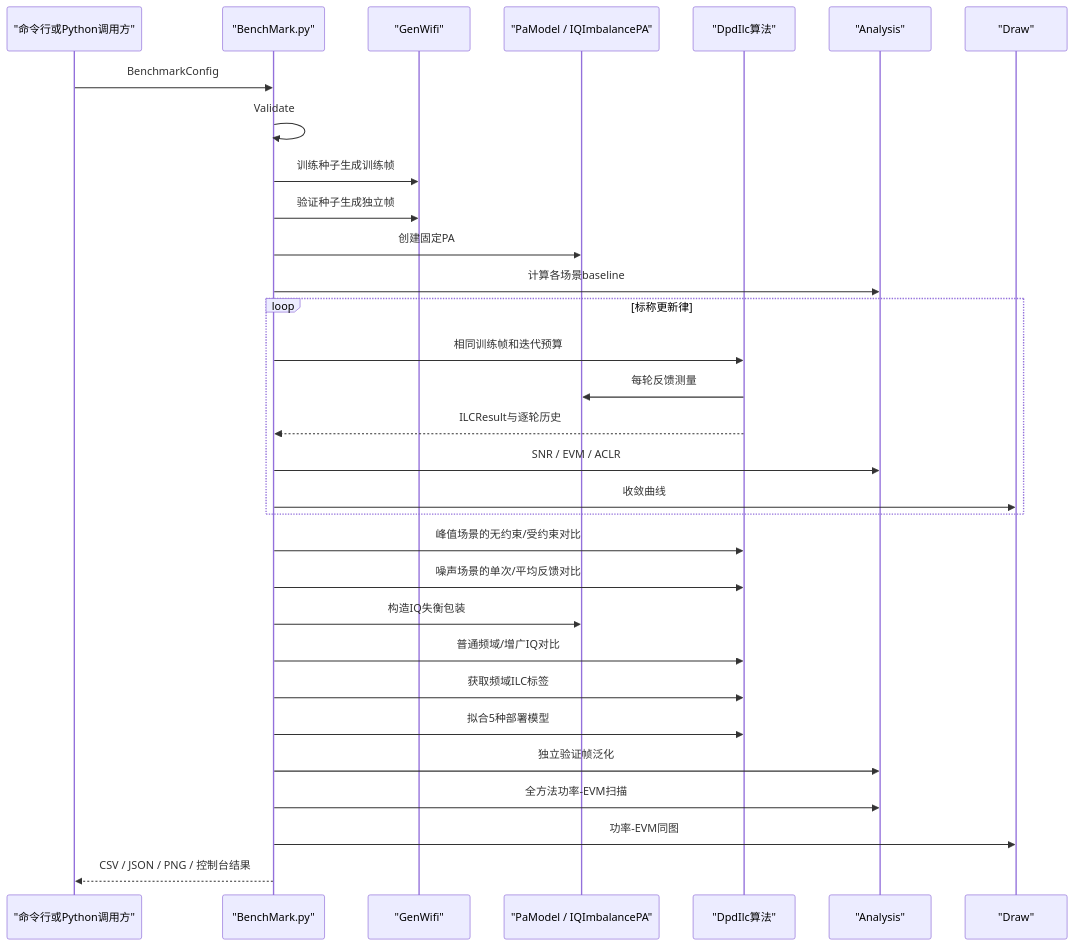
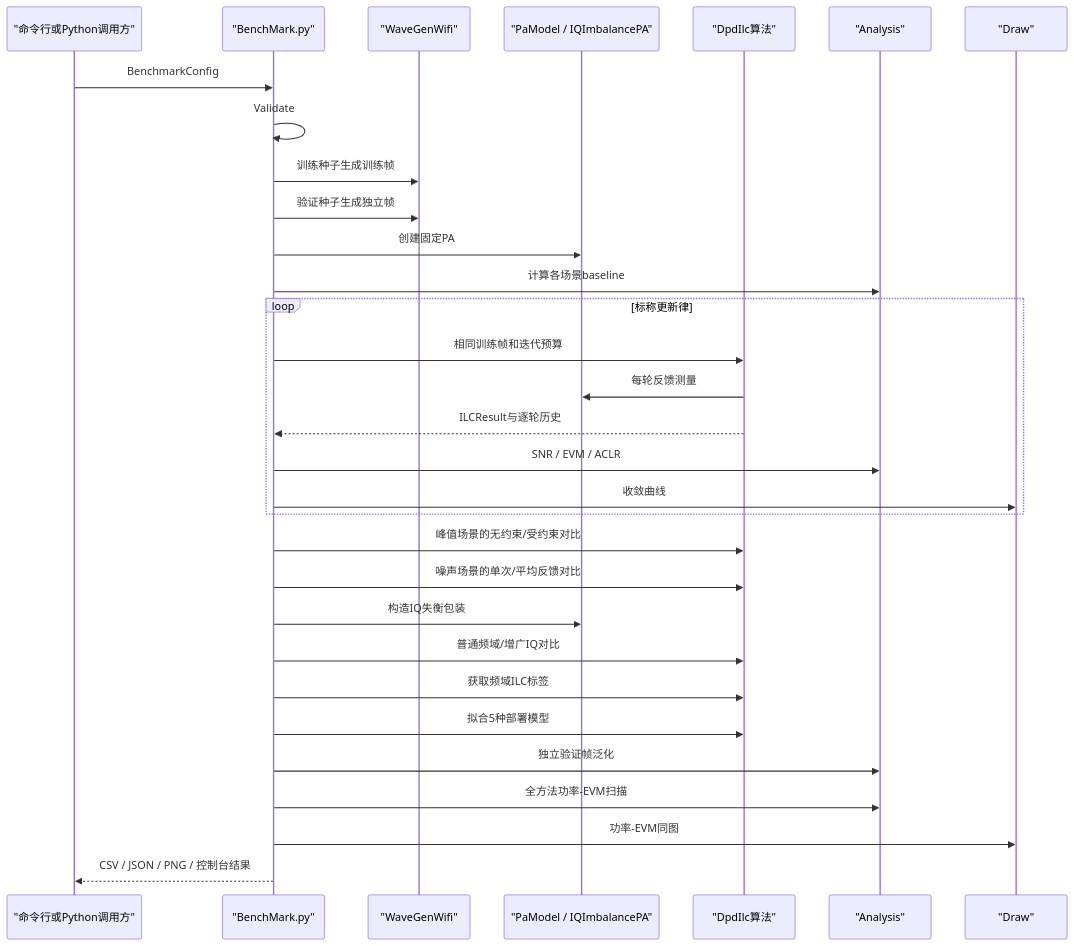
The second of 5 diagrams in doc/BenchMark.md (niyilu45/DPD_ILC), drawn with Mermaid before and after one commit. The commit also changed other lines of this file and 10 other files, not shown here.

````diff
--- a/doc/BenchMark.md
+++ b/doc/BenchMark.md
@@ -534,36 +534,36 @@
 ```mermaid
 sequenceDiagram
     participant User as "命令行或Python调用方"
     participant BM as "BenchMark.py"
-    participant WG as "GenWifi"
+    participant WG as "WaveGenWifi"
     participant PA as "PaModel / IQImbalancePA"
     participant ILC as "DpdIlc算法"
     participant AN as "Analysis"
     participant DR as "Draw"
 
     User->>BM: BenchmarkConfig
     BM->>BM: Validate
     BM->>WG: 训练种子生成训练帧
     BM->>WG: 验证种子生成独立帧
     BM->>PA: 创建固定PA
     BM->>AN: 计算各场景baseline
 
     loop 标称更新律
         BM->>ILC: 相同训练帧和迭代预算
         ILC->>PA: 每轮反馈测量
         ILC-->>BM: ILCResult与逐轮历史
         BM->>AN: SNR / EVM / ACLR
         BM->>DR: 收敛曲线
     end
 
     BM->>ILC: 峰值场景的无约束/受约束对比
     BM->>ILC: 噪声场景的单次/平均反馈对比
     BM->>PA: 构造IQ失衡包装
     BM->>ILC: 普通频域/增广IQ对比
     BM->>ILC: 获取频域ILC标签
     BM->>ILC: 拟合5种部署模型
     BM->>AN: 独立验证帧泛化
     BM->>AN: 全方法功率-EVM扫描
     BM->>DR: 功率-EVM同图
     BM-->>User: CSV / JSON / PNG / 控制台结果
 ```
````
